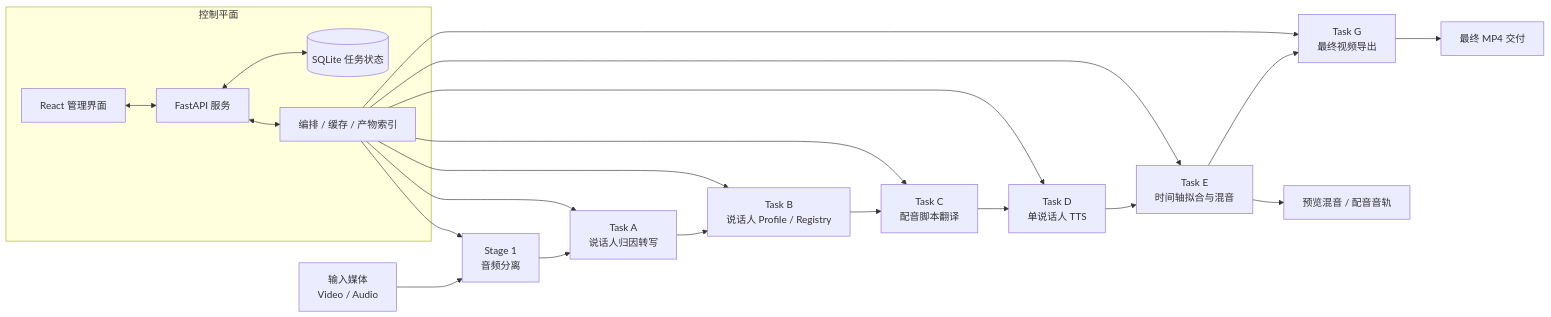
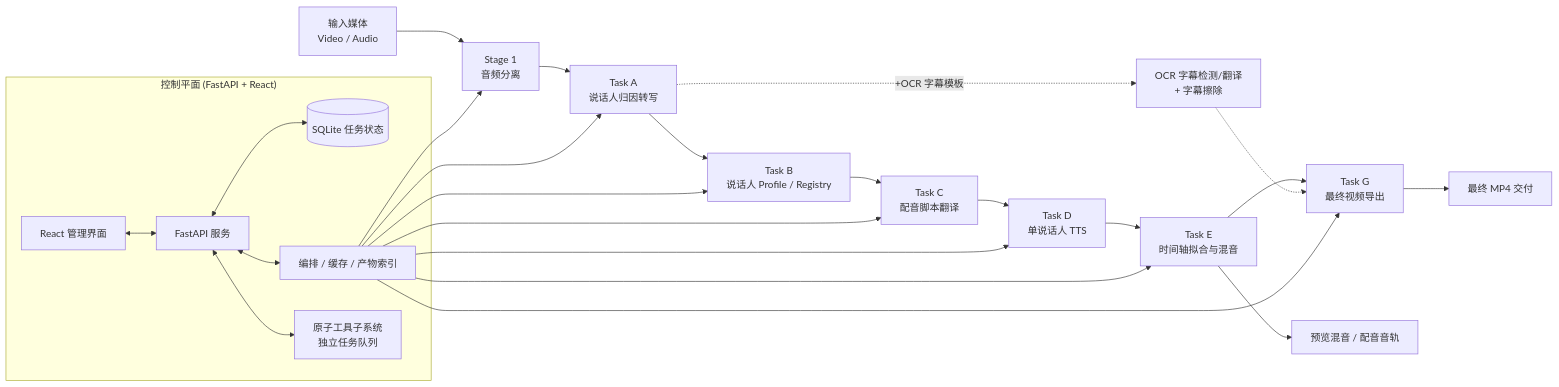
One commit to MasamiYui/translip changed the diagram in README.md. Above: the diagram before and after it, drawn with Mermaid. The commit also changed other lines of this file and 9 other files, not shown here.

````diff
--- a/README.md
+++ b/README.md
@@ -46,31 +54,30 @@
 ```mermaid
 flowchart LR
     Input["输入媒体<br/>Video / Audio"] --> Stage1["Stage 1<br/>音频分离"]
     Stage1 --> TaskA["Task A<br/>说话人归因转写"]
     TaskA --> TaskB["Task B<br/>说话人 Profile / Registry"]
     TaskB --> TaskC["Task C<br/>配音脚本翻译"]
     TaskC --> TaskD["Task D<br/>单说话人 TTS"]
     TaskD --> TaskE["Task E<br/>时间轴拟合与混音"]
     TaskE --> TaskG["Task G<br/>最终视频导出"]
 
-    subgraph ControlPlane["控制平面"]
+    TaskA -. "+OCR 字幕模板" .-> OCR["OCR 字幕检测/翻译<br/>+ 字幕擦除"]
+    OCR -.-> TaskG
+
+    subgraph ControlPlane["控制平面 (FastAPI + React)"]
         UI["React 管理界面"]
         API["FastAPI 服务"]
         DB[("SQLite 任务状态")]
         Orchestrator["编排 / 缓存 / 产物索引"]
+        Atomic["原子工具子系统<br/>独立任务队列"]
     end
 
     UI <--> API
     API <--> DB
     API <--> Orchestrator
-    Orchestrator --> Stage1
-    Orchestrator --> TaskA
-    Orchestrator --> TaskB
-    Orchestrator --> TaskC
-    Orchestrator --> TaskD
-    Orchestrator --> TaskE
-    Orchestrator --> TaskG
+    API <--> Atomic
+    Orchestrator --> Stage1 & TaskA & TaskB & TaskC & TaskD & TaskE & TaskG
 
     TaskE --> Preview["预览混音 / 配音音轨"]
     TaskG --> Delivery["最终 MP4 交付"]
 ```
````
